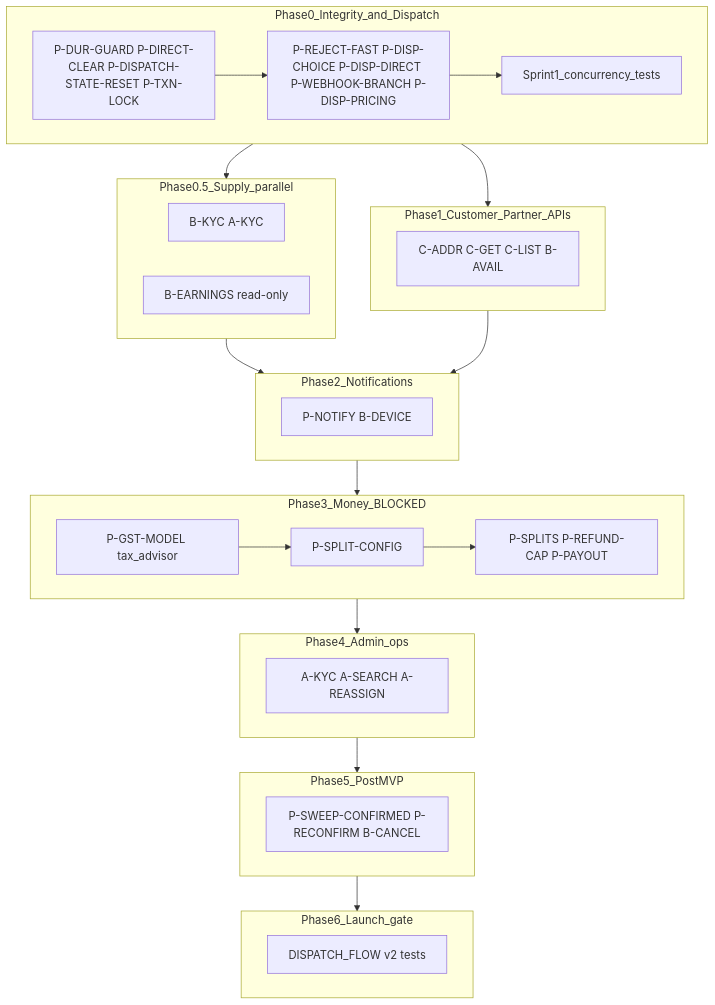
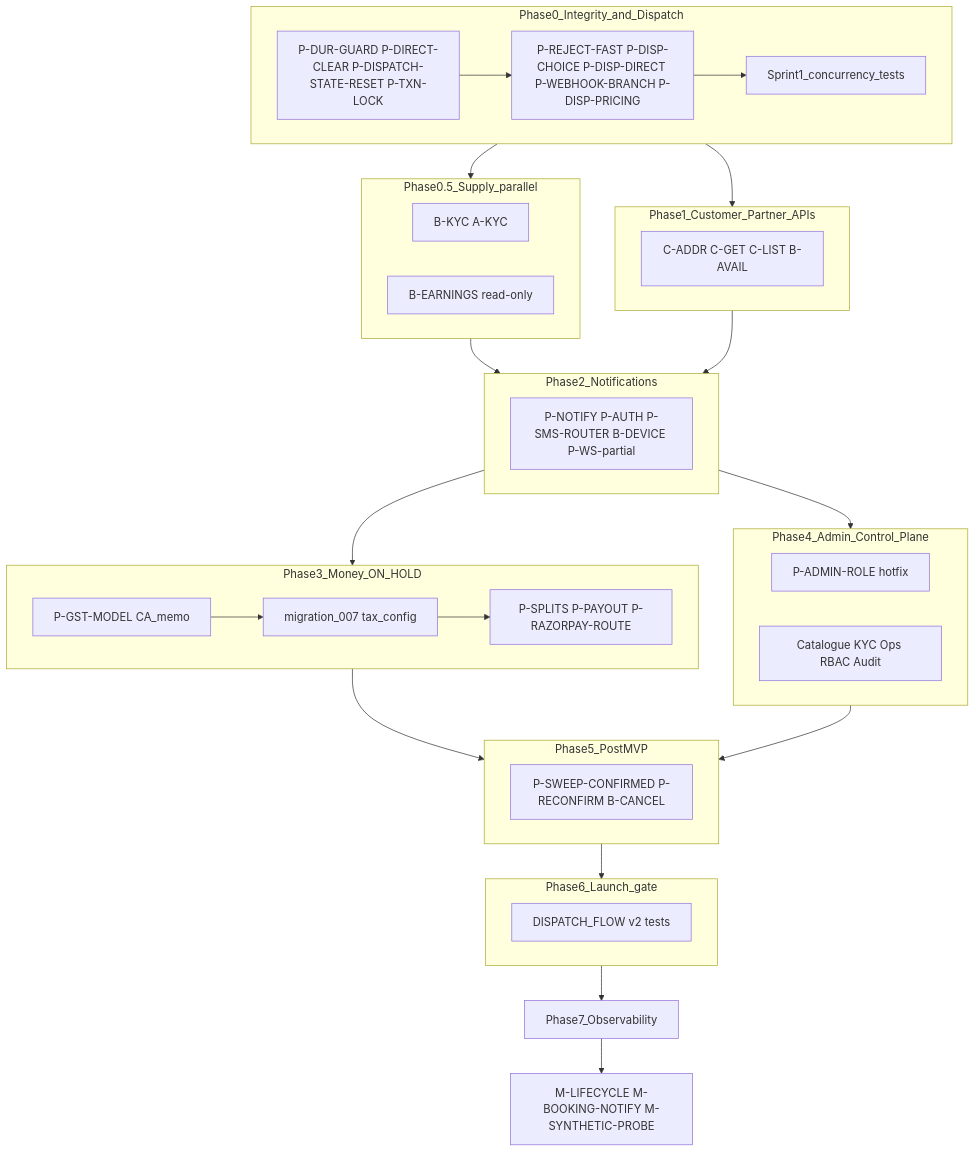
Before and after one commit to svasthol/puja_platform: the diagram in spec/plans/MASTER.md, drawn with Mermaid. The commit also changed other lines of this file and 538 other files, not shown here.

Commit message:
90% of the app development is completed except Phase-3 GST/Money managemet and KYC Phase 0.5

````diff
--- a/spec/plans/MASTER.md
+++ b/spec/plans/MASTER.md
@@ -62,44 +79,48 @@
 ```mermaid
 flowchart TD
     subgraph phase0 [Phase0_Integrity_and_Dispatch]
         INT[P-DUR-GUARD P-DIRECT-CLEAR P-DISPATCH-STATE-RESET P-TXN-LOCK]
         P0[P-REJECT-FAST P-DISP-CHOICE P-DISP-DIRECT P-WEBHOOK-BRANCH P-DISP-PRICING]
         LG1[Sprint1_concurrency_tests]
     end
     subgraph phase05 [Phase0.5_Supply_parallel]
         KYC[B-KYC A-KYC]
         EARN[B-EARNINGS read-only]
     end
     subgraph phase1 [Phase1_Customer_Partner_APIs]
         APIs[C-ADDR C-GET C-LIST B-AVAIL]
     end
     subgraph phase2 [Phase2_Notifications]
-        NTF[P-NOTIFY B-DEVICE]
+        NTF[P-NOTIFY P-AUTH P-SMS-ROUTER B-DEVICE P-WS-partial]
     end
-    subgraph phase3 [Phase3_Money_BLOCKED]
-        GST[P-GST-MODEL tax_advisor]
-        CFG[P-SPLIT-CONFIG]
-        MNY[P-SPLITS P-REFUND-CAP P-PAYOUT]
+    subgraph phase3 [Phase3_Money_ON_HOLD]
+        GST[P-GST-MODEL CA_memo]
+        CFG[migration_007 tax_config]
+        MNY[P-SPLITS P-PAYOUT P-RAZORPAY-ROUTE]
     end
-    subgraph phase4 [Phase4_Admin_ops]
-        ADM[A-KYC A-SEARCH A-REASSIGN]
+    subgraph phase4 [Phase4_Admin_Control_Plane]
+        HOT[P-ADMIN-ROLE hotfix]
+        ADM[Catalogue KYC Ops RBAC Audit]
     end
     subgraph phase5 [Phase5_PostMVP]
         OPS[P-SWEEP-CONFIRMED P-RECONFIRM B-CANCEL]
     end
     subgraph phase6 [Phase6_Launch_gate]
         LG[DISPATCH_FLOW v2 tests]
     end
     phase0 --> phase05
     phase0 --> phase1
     INT --> P0
     P0 --> LG1
     phase05 --> phase2
     phase1 --> phase2
     GST --> CFG
     CFG --> MNY
     phase2 --> phase3
-    phase3 --> phase4
+    phase2 --> phase4
+    phase3 --> phase5
     phase4 --> phase5
     phase5 --> phase6
+    phase6 --> phase7[Phase7_Observability]
+    phase7 --> OBS[M-LIFECYCLE M-BOOKING-NOTIFY M-SYNTHETIC-PROBE]
 ```
````
